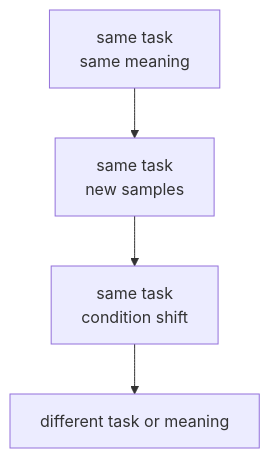
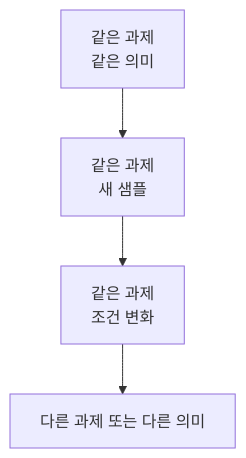
Before and after one commit to devchan64/AiBook: the first of 3 diagrams in docs/parts/part-04/chapter-05/section-02.md, drawn with Mermaid. The commit also changed other lines of this file and 72 other files, not shown here.

````diff
--- a/docs/parts/part-04/chapter-05/section-02.md
+++ b/docs/parts/part-04/chapter-05/section-02.md
@@ -130,11 +130,11 @@
 ```mermaid
 flowchart TB
-  A["same task<br/>same meaning"]
-  B["same task<br/>new samples"]
-  C["same task<br/>condition shift"]
-  D["different task or meaning"]
+  A["같은 과제<br/>같은 의미"]
+  B["같은 과제<br/>새 샘플"]
+  C["같은 과제<br/>조건 변화"]
+  D["다른 과제 또는 다른 의미"]
 
   A --> B
   B --> C
   C --> D
 ```
````
